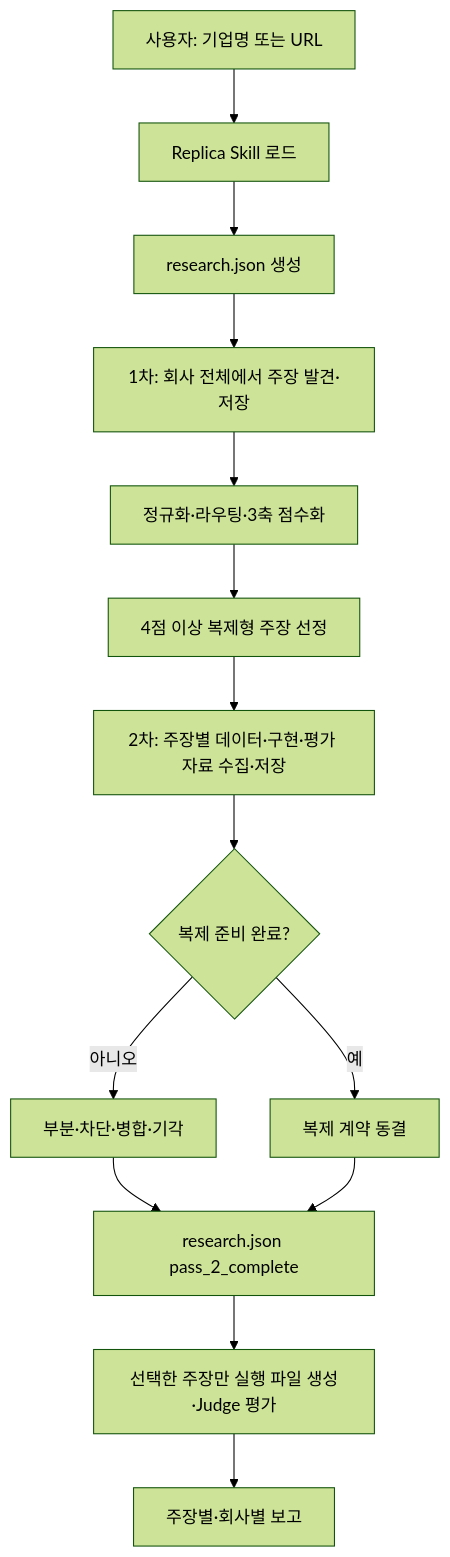
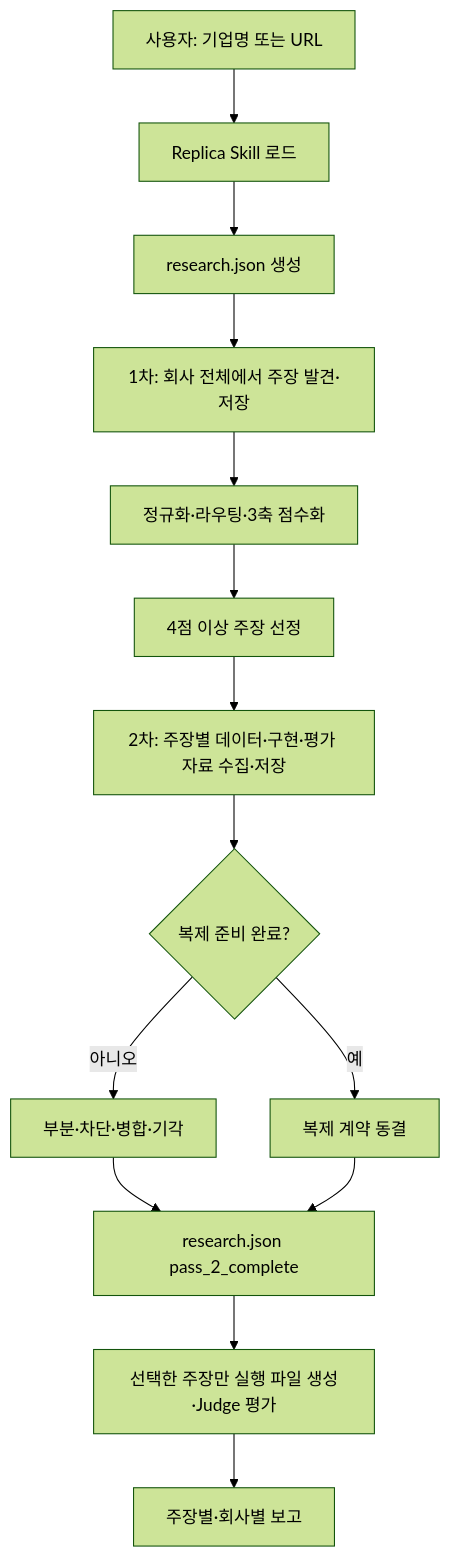
Before and after one commit to lpshi2002/replica-mvp: the diagram in README.md, drawn with Mermaid (forest theme). The commit also changed other lines of this file and 7 other files, not shown here.

````diff
--- a/README.md
+++ b/README.md
@@ -105,16 +108,16 @@
 ```mermaid
 flowchart TD
     A["사용자: 기업명 또는 URL"] --> S["Replica Skill 로드"]
     S --> R["research.json 생성"]
     R --> B["1차: 회사 전체에서 주장 발견·저장"]
     B --> C["정규화·라우팅·3축 점수화"]
-    C --> D["4점 이상 복제형 주장 선정"]
+    C --> D["4점 이상 주장 선정"]
     D --> E["2차: 주장별 데이터·구현·평가 자료 수집·저장"]
     E --> F{"복제 준비 완료?"}
     F -->|아니오| G["부분·차단·병합·기각"]
     F -->|예| H["복제 계약 동결"]
     G --> K["research.json pass_2_complete"]
     H --> K
     K --> I["선택한 주장만 실행 파일 생성·Judge 평가"]
     I --> J["주장별·회사별 보고"]
 ```
````
